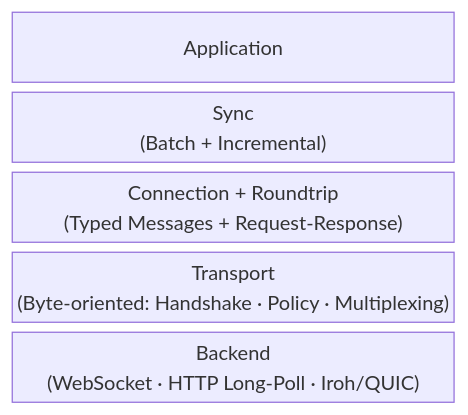
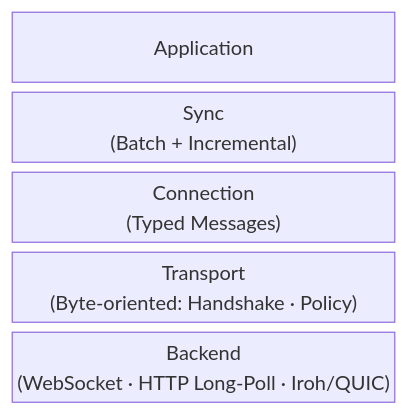
The first of 2 diagrams in design/README.md (inkandswitch/subduction), drawn with Mermaid before and after one commit. The commit also changed other lines of this file and 2 other files, not shown here.

````diff
--- a/design/README.md
+++ b/design/README.md
@@ -18,9 +18,9 @@
 ```mermaid
 block-beta
     columns 1
     Application
     Sync["Sync<br/>(Batch + Incremental)"]
-    Connection["Connection + Roundtrip<br/>(Typed Messages + Request-Response)"]
-    Transport["Transport<br/>(Byte-oriented: Handshake · Policy · Multiplexing)"]
+    Connection["Connection<br/>(Typed Messages)"]
+    Transport["Transport<br/>(Byte-oriented: Handshake · Policy)"]
     Backend["Backend<br/>(WebSocket · HTTP Long-Poll · Iroh/QUIC)"]
 ```
````
